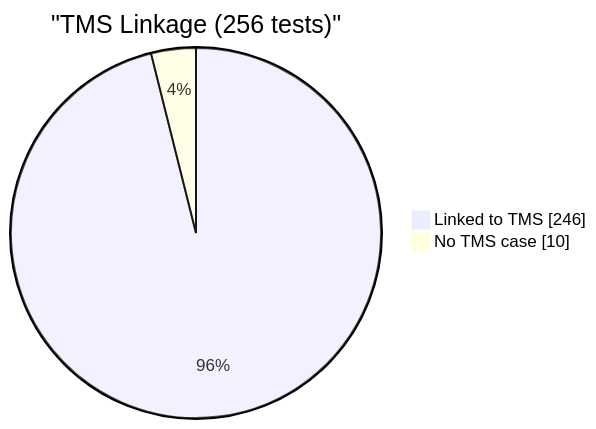
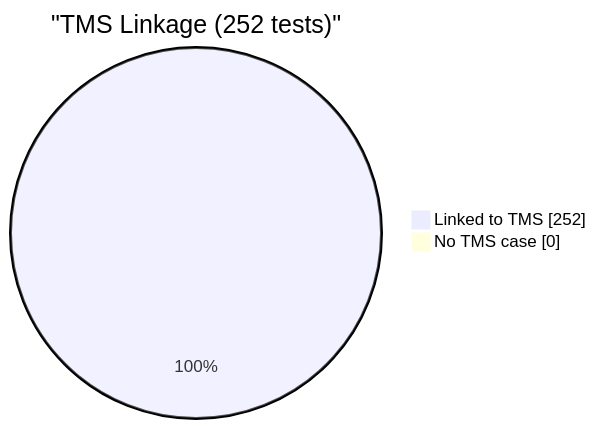
The fourth of 6 diagrams in reports/dashboard.md (EliteaAI/onetest-ai-tm-Elitea), drawn with Mermaid before and after one commit. The commit also changed other lines of this file and 1 other file, not shown here.

````diff
--- a/reports/dashboard.md
+++ b/reports/dashboard.md
@@ -76,6 +76,6 @@
 ```mermaid
 pie showData
-    title "TMS Linkage (256 tests)"
-    "Linked to TMS" : 246
-    "No TMS case" : 10
+    title "TMS Linkage (252 tests)"
+    "Linked to TMS" : 252
+    "No TMS case" : 0
 ```
````
